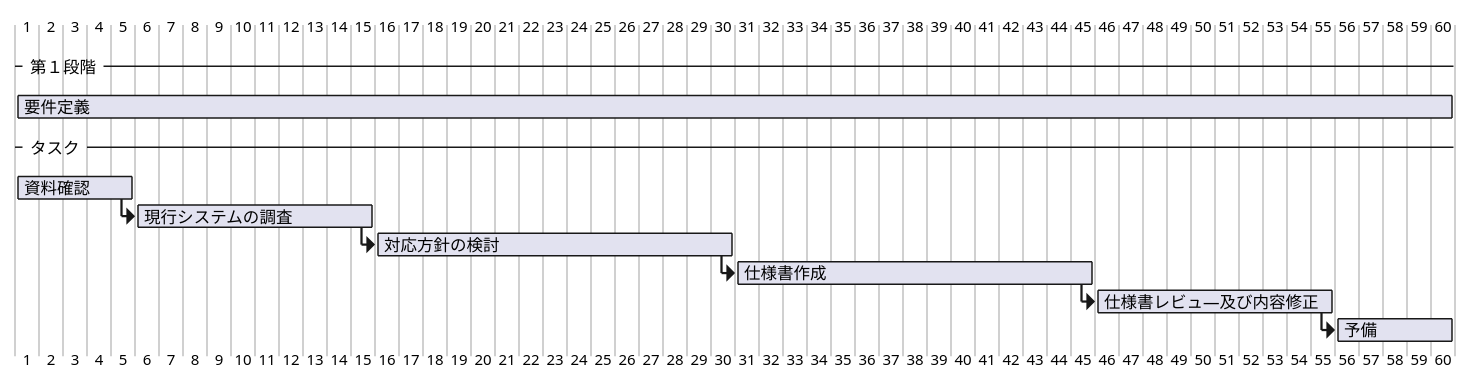
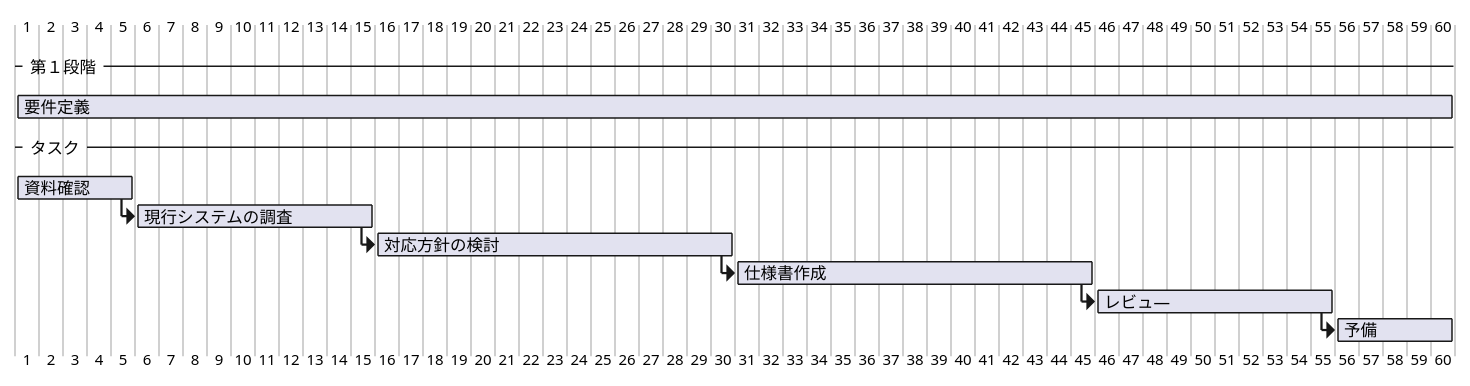
Before and after one commit to code-10157/asp.net_core_ver.2: the first of 9 diagrams in asp_projects/documents/7.要件定義/TaskList-API_BRD.md, drawn with PlantUML. The commit also changed other lines of this file, not shown here.

````diff
--- a/asp_projects/documents/7.要件定義/TaskList-API_BRD.md
+++ b/asp_projects/documents/7.要件定義/TaskList-API_BRD.md
@@ -78,13 +78,13 @@
   ``` plantuml
   @startgantt
   -- 第１段階 --
   [要件定義] lasts 60 days
   -- タスク --
   [資料確認] lasts 5 days
   then [現行システムの調査] lasts 10 days
   then [対応方針の検討] lasts 15 days
   then [仕様書作成] lasts 15 days
-  then [仕様書レビュ―及び内容修正] lasts 10 days
+  then [レビュ―] lasts 10 days
   then [予備] lasts 5 days
   @endgantt
   ```
````
